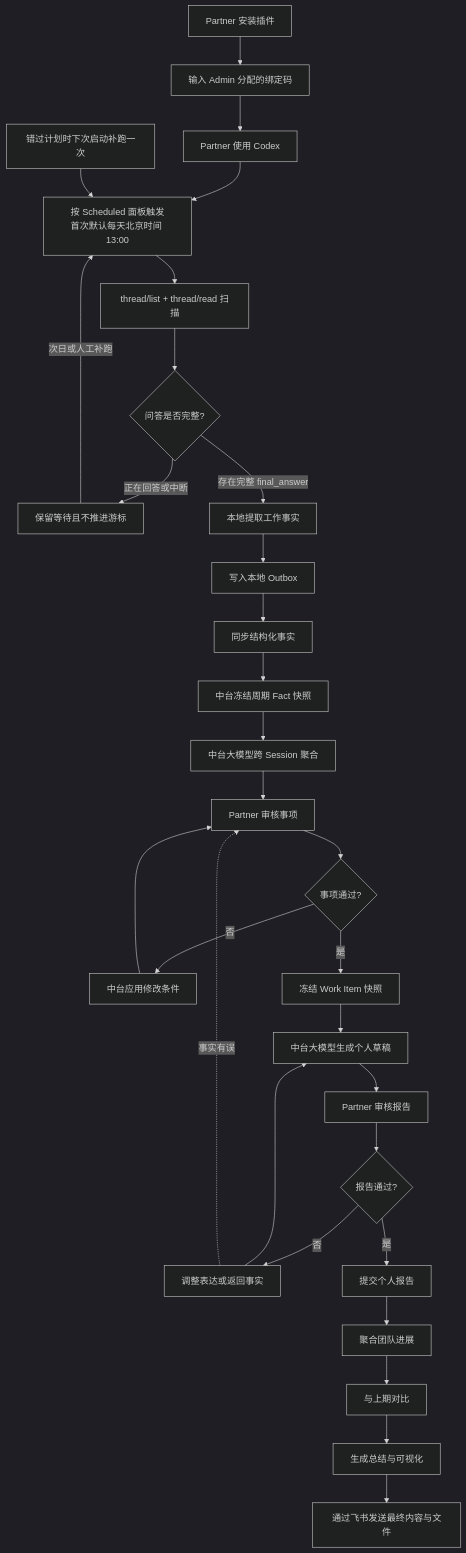
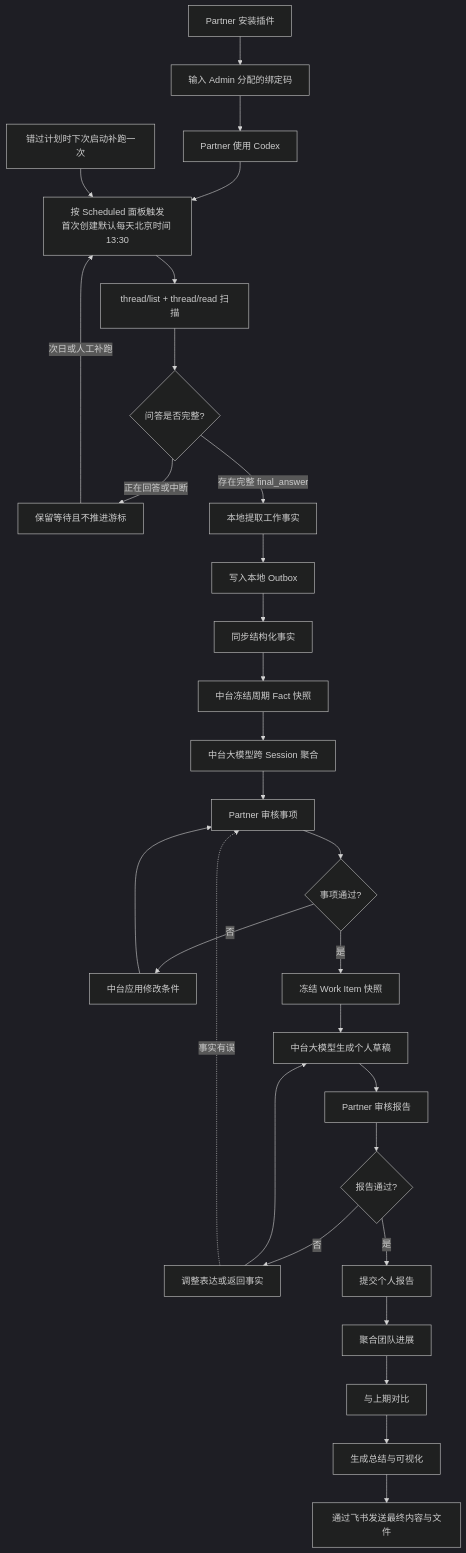
One commit to saul-LinY/partner-report-agent changed the first of 2 diagrams in docs/PRD.md. Above: the diagram before and after it, drawn with Mermaid (dark theme). The commit also changed other lines of this file and 25 other files, not shown here.

````diff
--- a/docs/PRD.md
+++ b/docs/PRD.md
@@ -298,42 +299,42 @@
 ```mermaid
 flowchart TD
     install[Partner 安装插件]
     bind[输入 Admin 分配的绑定码]
     session[Partner 使用 Codex]
-    dailyRun[按 Scheduled 面板触发<br/>首次默认每天北京时间 13:00]
+    dailyRun[按 Scheduled 面板触发<br/>首次创建默认每天北京时间 13:30]
     scheduledScan[thread/list + thread/read 扫描]
     completeTurn{问答是否完整?}
     pendingTurn[保留等待且不推进游标]
     catchup[错过计划时下次启动补跑一次]
     queue[写入本地 Outbox]
     extract[本地提取工作事实]
     sync[同步结构化事实]
     cutoffSnapshot[中台冻结周期 Fact 快照]
     aggregate[中台大模型跨 Session 聚合]
     itemReview[Partner 审核事项]
     itemApproved{事项通过?}
     itemModify[中台应用修改条件]
     itemSnapshot[冻结 Work Item 快照]
     reportDraft[中台大模型生成个人草稿]
     reportReview[Partner 审核报告]
     reportApproved{报告通过?}
     reportModify[调整表达或返回事实]
     submit[提交个人报告]
     teamAggregate[聚合团队进展]
     compare[与上期对比]
     teamReport[生成总结与可视化]
     deliver[通过飞书发送最终内容与文件]
 
     install --> bind --> session
     session --> dailyRun --> scheduledScan --> completeTurn
     catchup --> dailyRun
     completeTurn -->|正在回答或中断| pendingTurn
     pendingTurn -->|次日或人工补跑| dailyRun
     completeTurn -->|存在完整 final_answer| extract --> queue --> sync --> cutoffSnapshot --> aggregate
     aggregate --> itemReview --> itemApproved
     itemApproved -->|否| itemModify --> itemReview
     itemApproved -->|是| itemSnapshot --> reportDraft --> reportReview --> reportApproved
     reportApproved -->|否| reportModify --> reportDraft
     reportModify -.->|事实有误| itemReview
     reportApproved -->|是| submit --> teamAggregate --> compare --> teamReport --> deliver
 ```
````
